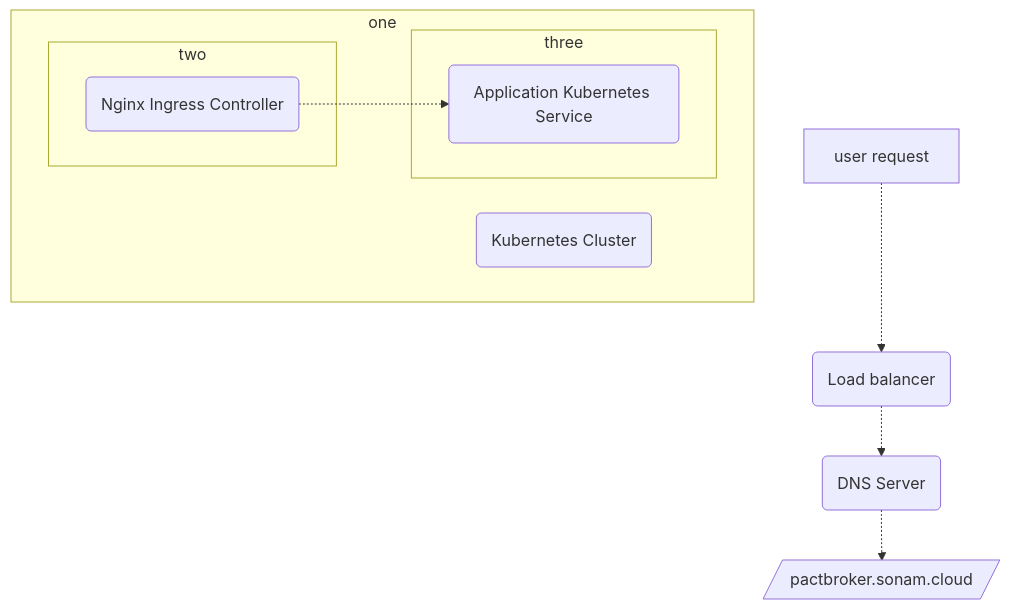
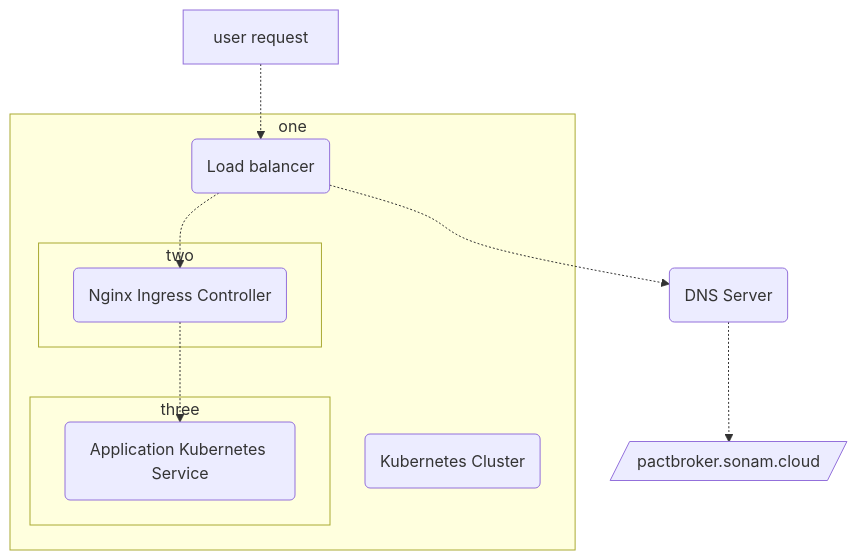
One commit to sonamsamdupkhangsar/sonamsamdupkhangsar.github.io changed the first of 4 diagrams in README.md. Above: the diagram before and after it, drawn with Mermaid.

Commit message:
direct graph from lb to ingress

````diff
--- a/README.md
+++ b/README.md
@@ -10,18 +10,19 @@
 ```mermaid
 flowchart TD
     A[user request] -.-> B(Load balancer)
     B -.-> C(DNS Server)
     C -.-> D[/pactbroker.sonam.cloud/]
     subgraph one
     E(Kubernetes Cluster)
     subgraph two
     F(Nginx Ingress Controller) 
     end
     subgraph three
     G(Application Kubernetes Service)
     end
     F -.-> G
+    B -.-> F
     end
 
 
 ```
````
